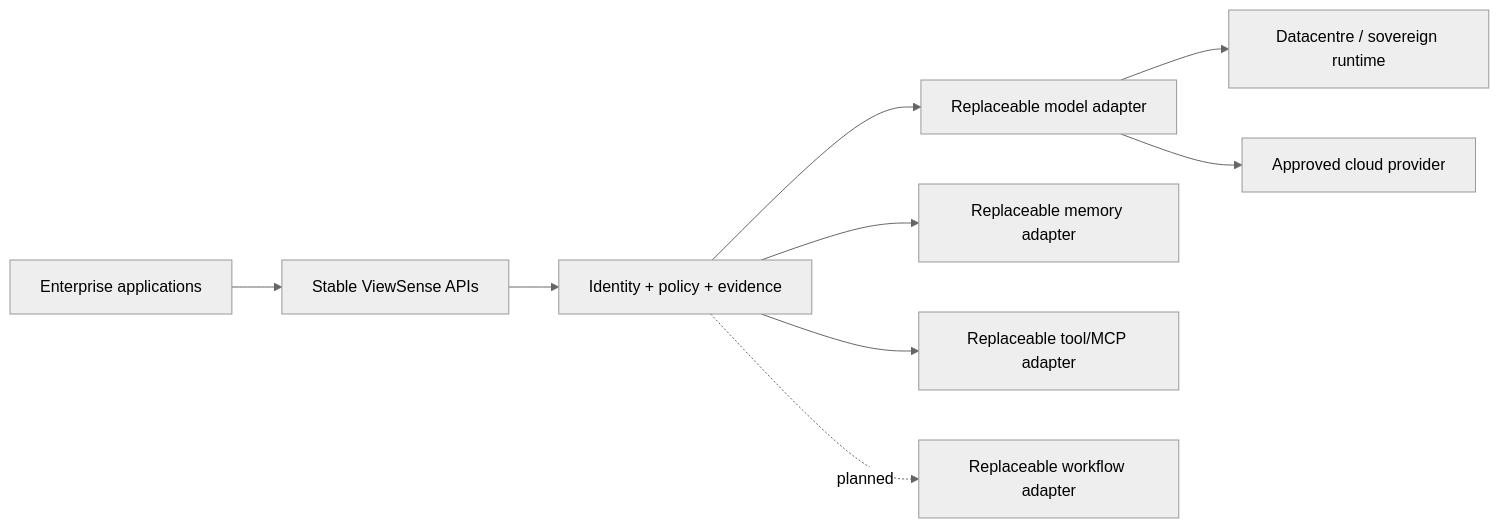
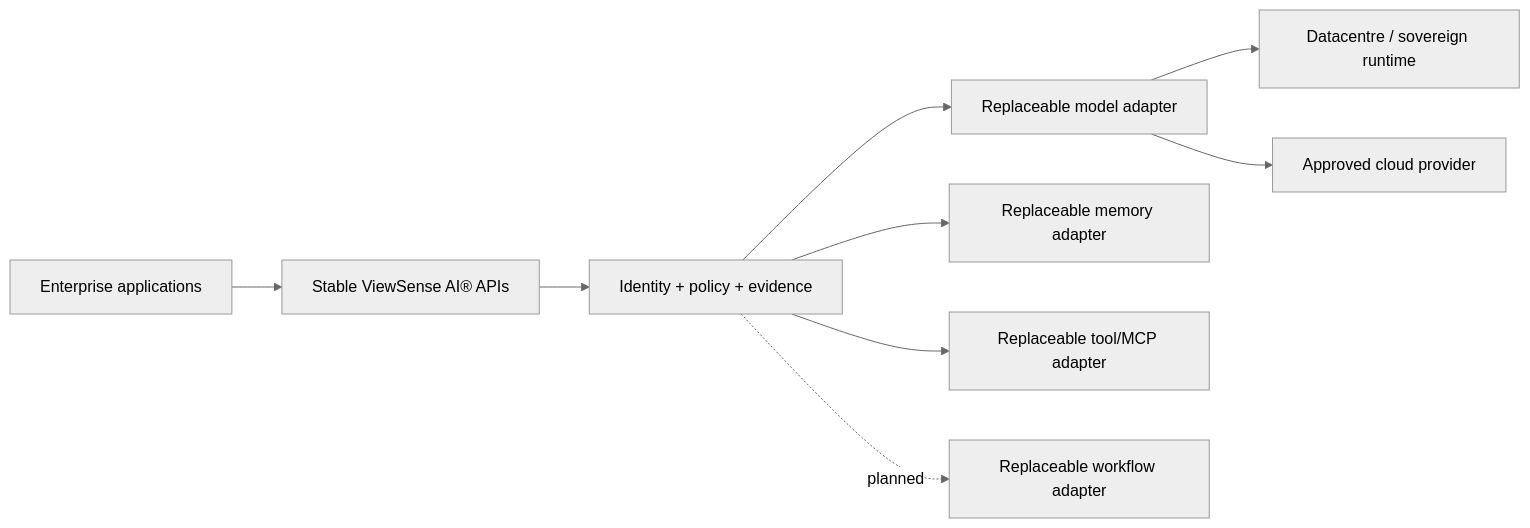
One commit to diaryfolio/aiops-fabric changed the diagram in docs/design/high-level/10-overall/01-objective-principles.md. Above: the diagram before and after it, drawn with Mermaid (neutral theme). The commit also changed other lines of this file and 83 other files, not shown here.

````diff
--- a/docs/design/high-level/10-overall/01-objective-principles.md
+++ b/docs/design/high-level/10-overall/01-objective-principles.md
@@ -7,11 +7,11 @@
 ```mermaid
 flowchart LR
-    Apps["Enterprise applications"] --> Contracts["Stable ViewSense APIs"]
+    Apps["Enterprise applications"] --> Contracts["Stable ViewSense AI® APIs"]
     Contracts --> Trust["Identity + policy + evidence"]
     Trust --> Model["Replaceable model adapter"]
     Trust --> Memory["Replaceable memory adapter"]
     Trust --> Tools["Replaceable tool/MCP adapter"]
     Trust -. "planned" .-> Workflow["Replaceable workflow adapter"]
     Model --> Local["Datacentre / sovereign runtime"]
     Model --> Cloud["Approved cloud provider"]
 ```
````
